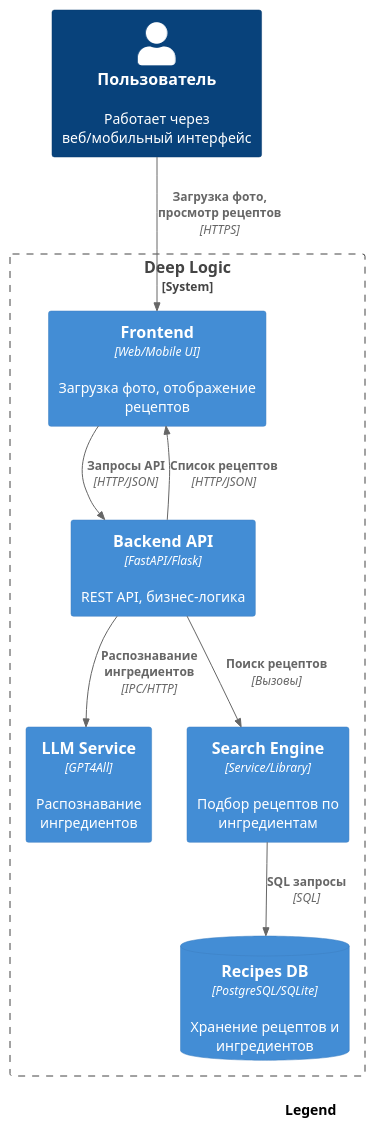
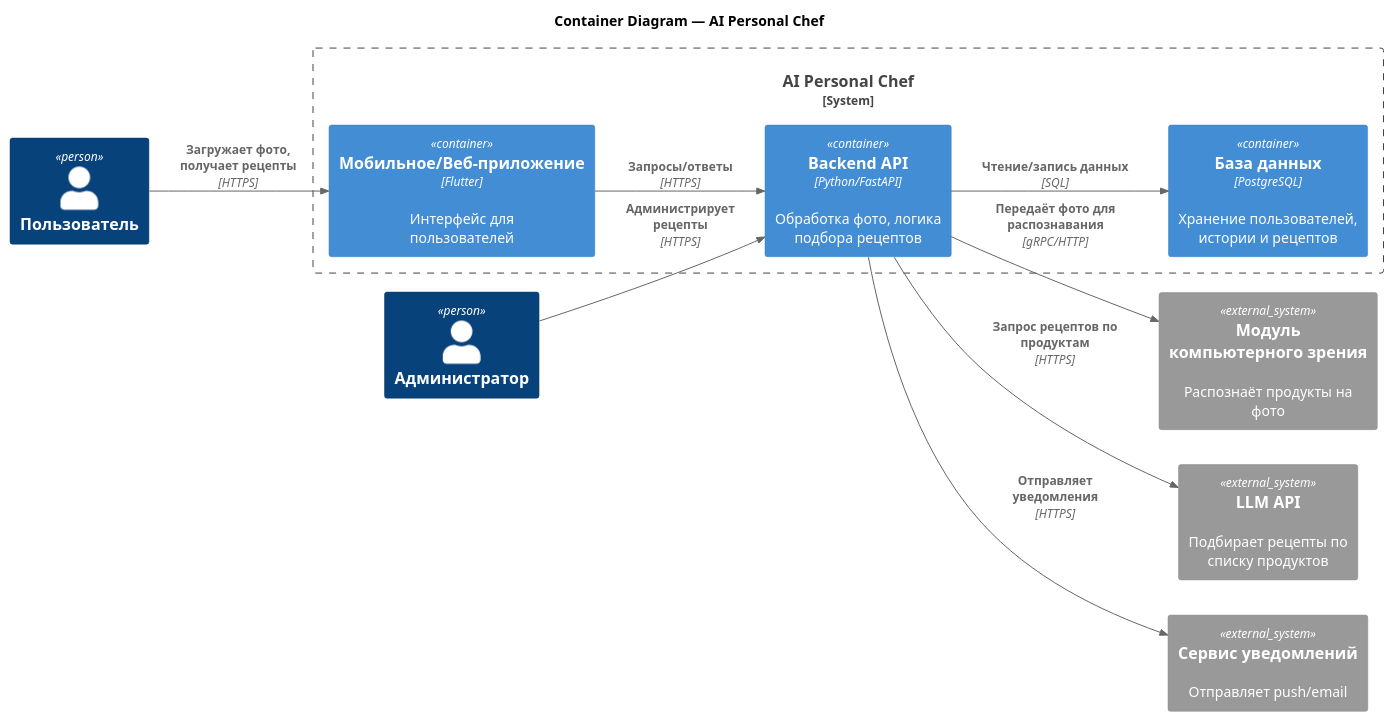
The diagram in docs/architecture/containers.puml (vstu-sii/bachelor-2025-team-deep-logic), drawn with PlantUML before and after one commit.

```diff
--- a/docs/architecture/containers.puml
+++ b/docs/architecture/containers.puml
@@ -1,24 +1,32 @@
 @startuml
-!include https://raw.githubusercontent.com/plantuml-stdlib/C4-PlantUML/master/C4_Container.puml
+!includeurl https://raw.githubusercontent.com/plantuml-stdlib/C4-PlantUML/master/C4_Container.puml
 
-LAYOUT_WITH_LEGEND()
-SHOW_LEGEND()
+title Container Diagram — AI Personal Chef
 
-Person(user, "Пользователь", "Работает через веб/мобильный интерфейс")
+LAYOUT_LEFT_RIGHT()
 
-System_Boundary(sys, "Deep Logic") {
-  Container(fe, "Frontend", "Web/Mobile UI", "Загрузка фото, отображение рецептов")
-  Container(be, "Backend API", "FastAPI/Flask", "REST API, бизнес-логика")
-  ContainerDb(db, "Recipes DB", "PostgreSQL/SQLite", "Хранение рецептов и ингредиентов")
-  Container(llm, "LLM Service", "GPT4All", "Распознавание ингредиентов")
-  Container(search, "Search Engine", "Service/Library", "Подбор рецептов по ингредиентам")
+Person(user, "Пользователь")
+Person(admin, "Администратор")
+
+System_Boundary(aiChef, "AI Personal Chef") {
+    Container(app, "Мобильное/Веб-приложение", "Flutter", "Интерфейс для пользователей")
+    Container(api, "Backend API", "Python/FastAPI", "Обработка фото, логика подбора рецептов")
+    Container(db, "База данных", "PostgreSQL", "Хранение пользователей, истории и рецептов")
 }
 
-Rel(user, fe, "Загрузка фото, просмотр рецептов", "HTTPS")
-Rel(fe, be, "Запросы API", "HTTP/JSON")
-Rel(be, llm, "Распознавание ингредиентов", "IPC/HTTP")
-Rel(be, search, "Поиск рецептов", "Вызовы")
-Rel(search, db, "SQL запросы", "SQL")
-Rel(be, fe, "Список рецептов", "HTTP/JSON")
+' --- Внешние системы ---
+System_Ext(cvModule, "Модуль компьютерного зрения", "Распознаёт продукты на фото")
+System_Ext(llm, "LLM API", "Подбирает рецепты по списку продуктов")
+System_Ext(notify, "Сервис уведомлений", "Отправляет push/email")
+
+' --- Связи ---
+Rel(user, app, "Загружает фото, получает рецепты", "HTTPS")
+Rel(admin, api, "Администрирует рецепты", "HTTPS")
+
+Rel(app, api, "Запросы/ответы", "HTTPS")
+Rel(api, db, "Чтение/запись данных", "SQL")
+Rel(api, cvModule, "Передаёт фото для распознавания", "gRPC/HTTP")
+Rel(api, llm, "Запрос рецептов по продуктам", "HTTPS")
+Rel(api, notify, "Отправляет уведомления", "HTTPS")
 
 @enduml
```
